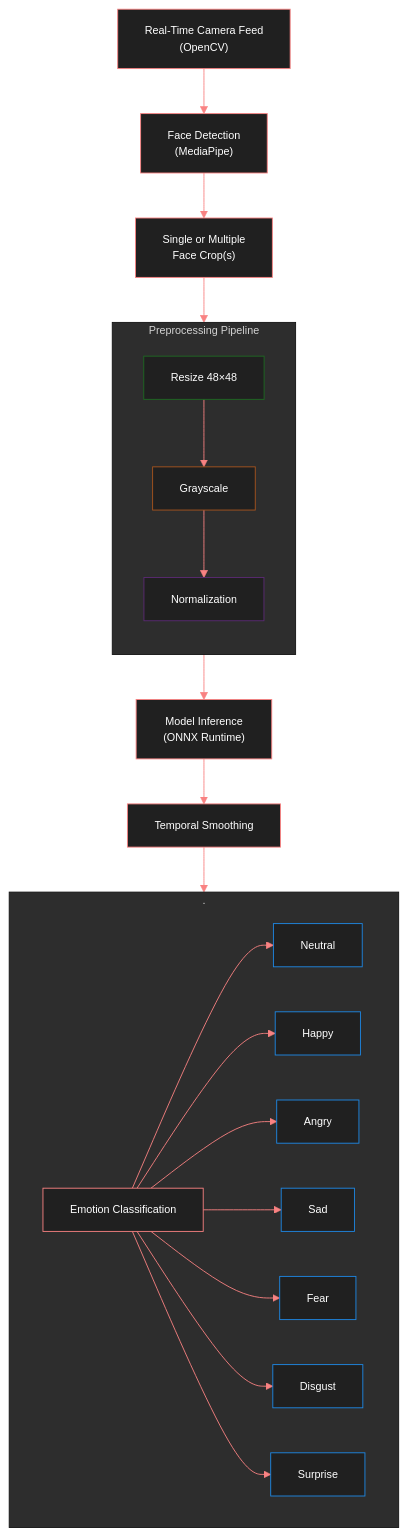
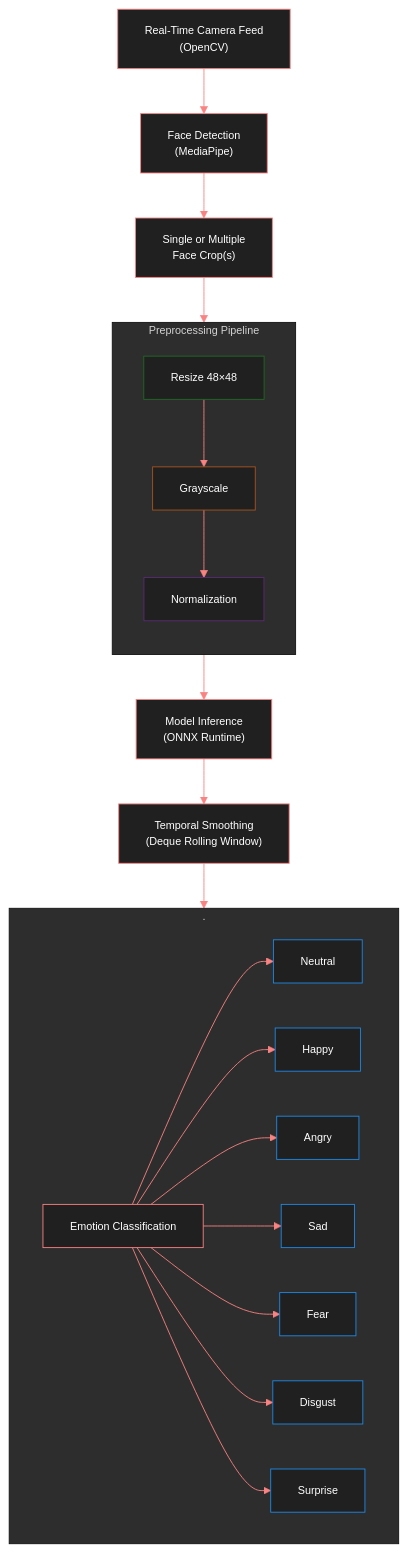
The diagram in README.md (NkL-M/Real-Time-Facial-Emotion-Recognition), drawn with Mermaid before and after one commit.

````diff
--- a/README.md
+++ b/README.md
@@ -147,59 +147,59 @@
 ```mermaid
 %%{init: {'theme':'base','themeVariables':{
   'primaryColor':'#202020',
   'primaryTextColor':'#ffffff',
   'primaryBorderColor':'#f98282',
   'lineColor':'#f98282',
   'fontFamily':'JetBrains Mono',
   'fontSize':'12px'
 }}}%%
 flowchart TB
   P0["Real-Time Camera Feed
   (OpenCV)"]
   P0 --> P1["Face Detection
   (MediaPipe)"]
   P1 --> P2["Single or Multiple
   Face Crop(s)"]
   P2 --> PRE
   subgraph PRE["Preprocessing Pipeline"]
   direction TB
     P4["Resize 48×48"]
     P4 --> P5["Grayscale"]
     P5 --> P6["Normalization"]
 end
   style P4 stroke:#1e6a22, color:#ffffff
   style P5 stroke:#a8551e, color:#ffffff
   style P6 stroke:#5b2a74, color:#ffffff
 
   P6 --> P7["Model Inference
   (ONNX Runtime)"]
   P7 --> P8["Temporal Smoothing
   (Deque Rolling Window)"]
-  P8["Temporal Smoothing"] --> E["Emotion Classification"]
+  P8 --> E["Emotion Classification"]
 
 subgraph .
 direction LR
     N["Neutral"]
     H["Happy"]
     A["Angry"]
     S["Sad"]
     F["Fear"]
     D["Disgust"]
     SU["Surprise"]
 E --> N
 E --> H
 E --> A
 E --> S
 E --> F
 E --> D
 E --> SU
 end
 
 style N stroke:#1e88e5, color:#ffffff
 style H stroke:#1e88e5, color:#ffffff
 style A stroke:#1e88e5, color:#ffffff
 style S stroke:#1e88e5, color:#ffffff
 style F stroke:#1e88e5, color:#ffffff
 style D stroke:#1e88e5, color:#ffffff
 style SU stroke:#1e88e5, color:#ffffff
 ```
````
